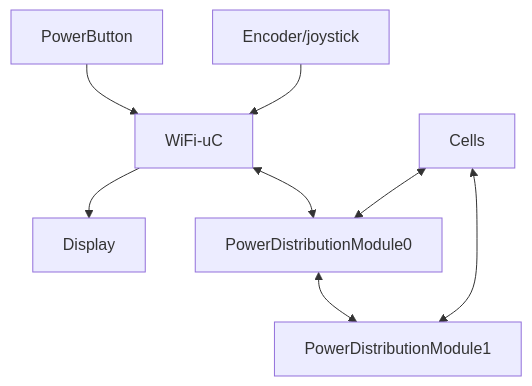
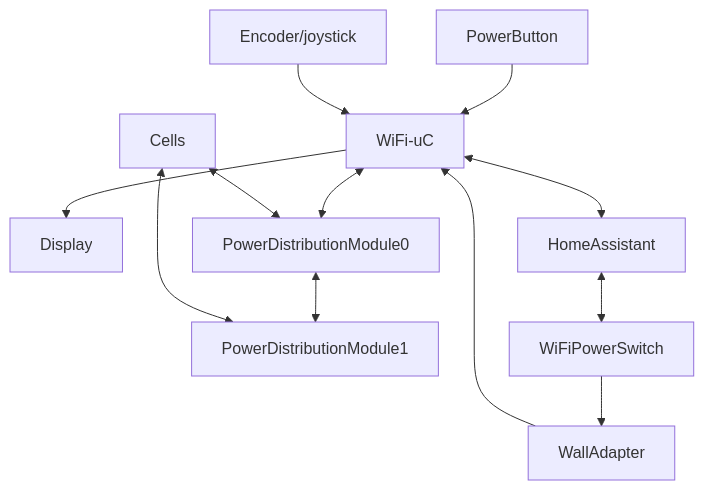
Before and after one commit to anujdeshpande/wiki.makerville.io: the diagram in docs/Projects/NuclearBattery.mdx, drawn with Mermaid.

Commit message:
Add home assistant and Wi-Fi power switch to NuclearBattery.mdx

````diff
--- a/docs/Projects/NuclearBattery.mdx
+++ b/docs/Projects/NuclearBattery.mdx
@@ -46,10 +46,14 @@
 ```mermaid
   graph TD;
       WiFi-uC-->Display
       PowerButton-->WiFi-uC
       Encoder/joystick-->WiFi-uC
       WiFi-uC<-->PowerDistributionModule0
       Cells<-->PowerDistributionModule0
       PowerDistributionModule0<-->PowerDistributionModule1
       Cells<-->PowerDistributionModule1
+			WallAdapter-->WiFi-uC
+			WiFiPowerSwitch-->WallAdapter
+			WiFi-uC<-->HomeAssistant
+			HomeAssistant<-->WiFiPowerSwitch
 ```
````
